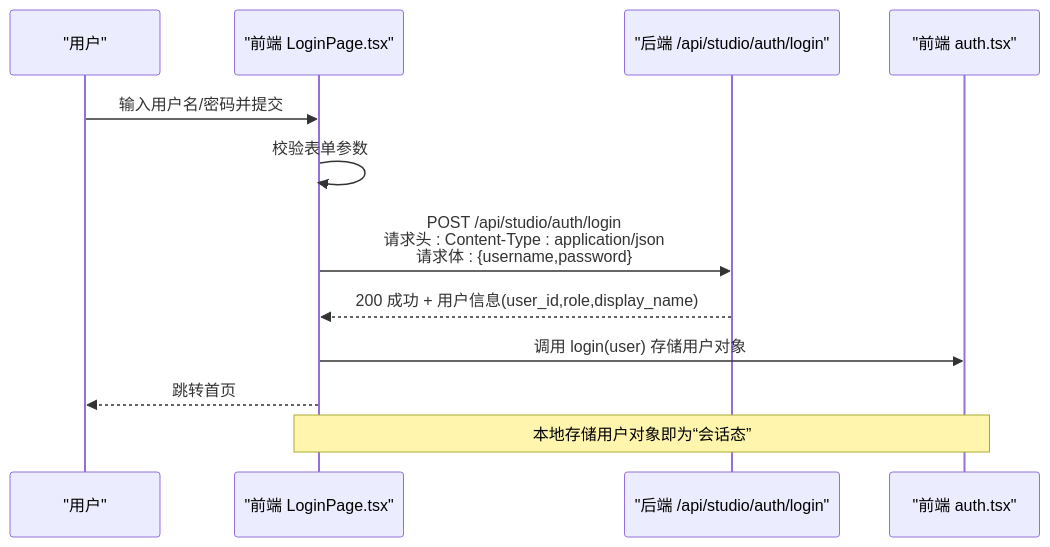
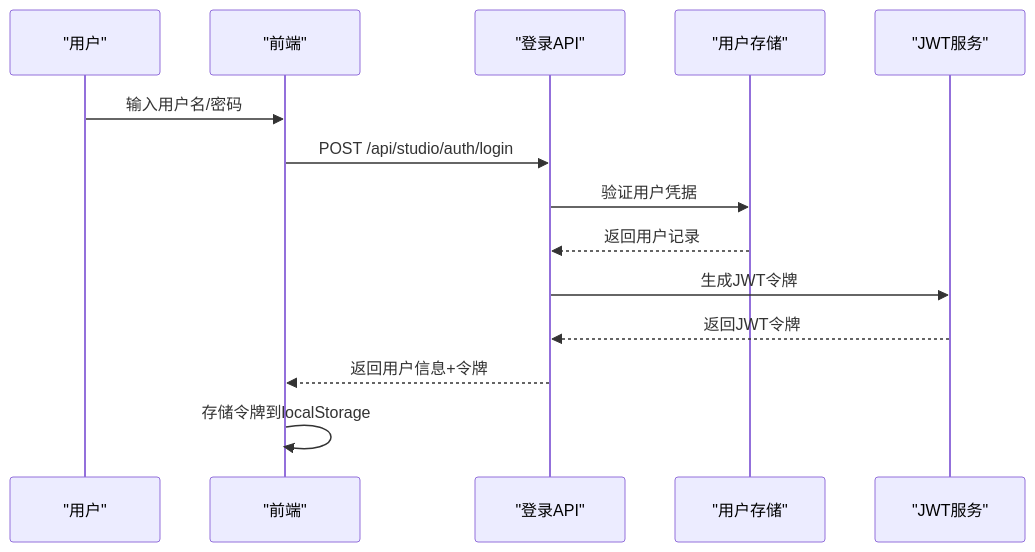
Before and after one commit to YU-JI-KUI/ark-agentic: the first of 2 diagrams in repowiki/zh/content/API 接口文档/认证接口.md, drawn with Mermaid. The commit also changed other lines of this file and 9 other files, not shown here.

````diff
--- a/repowiki/zh/content/API 接口文档/认证接口.md
+++ b/repowiki/zh/content/API 接口文档/认证接口.md
@@ -78,14 +134,16 @@
 ```mermaid
 sequenceDiagram
 participant U as "用户"
-participant FE as "前端 LoginPage.tsx"
-participant API as "后端 /api/studio/auth/login"
-participant CTX as "前端 auth.tsx"
-U->>FE : 输入用户名/密码并提交
-FE->>FE : 校验表单参数
-FE->>API : POST /api/studio/auth/login<br/>请求头 : Content-Type : application/json<br/>请求体 : {username,password}
-API-->>FE : 200 成功 + 用户信息(user_id,role,display_name)
-FE->>CTX : 调用 login(user) 存储用户对象
-FE-->>U : 跳转首页
-Note over FE,CTX : 本地存储用户对象即为“会话态”
+participant FE as "前端"
+participant API as "登录API"
+participant DB as "用户存储"
+participant JWT as "JWT服务"
+U->>FE : 输入用户名/密码
+FE->>API : POST /api/studio/auth/login
+API->>DB : 验证用户凭据
+DB-->>API : 返回用户记录
+API->>JWT : 生成JWT令牌
+JWT-->>API : 返回JWT令牌
+API-->>FE : 返回用户信息+令牌
+FE->>FE : 存储令牌到localStorage
 ```
````
